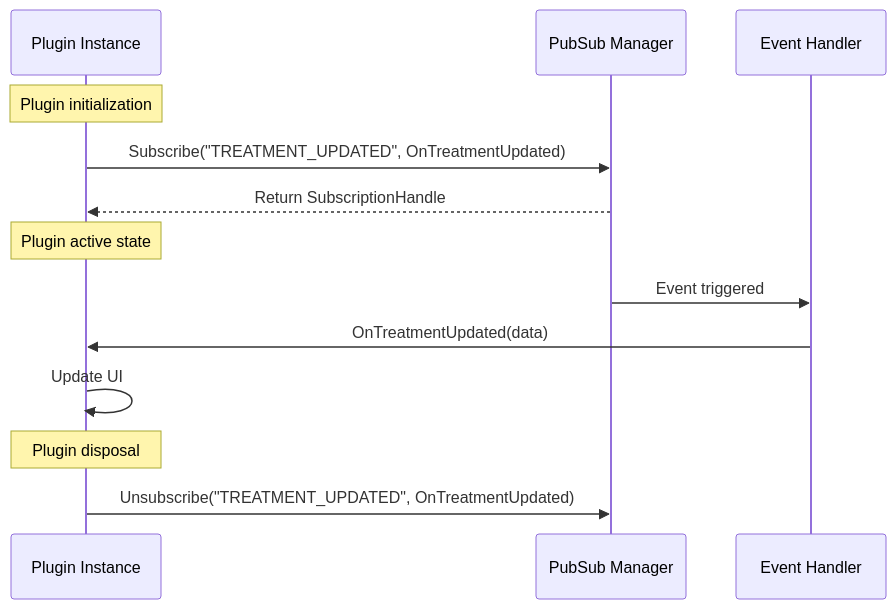
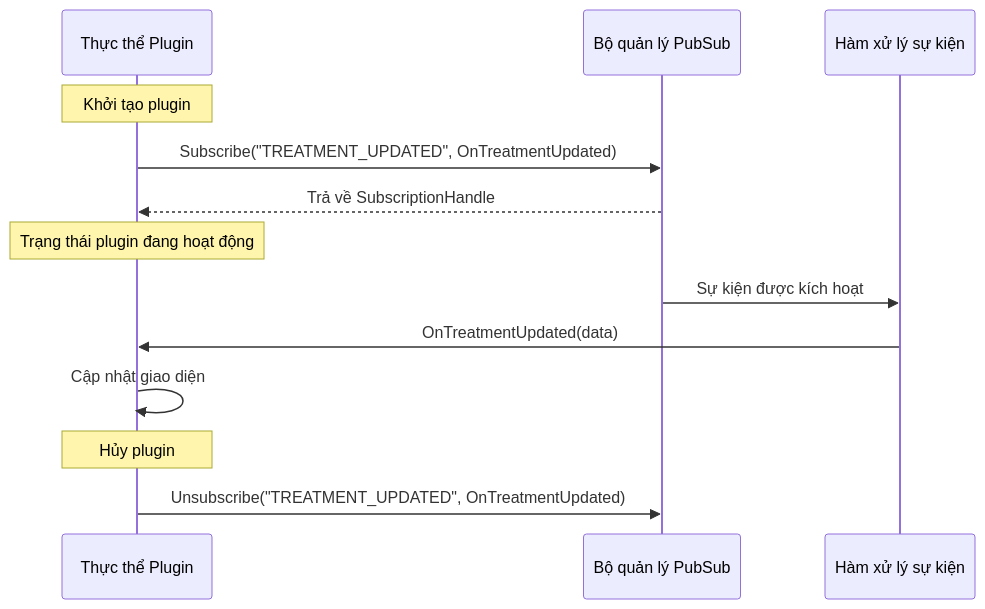
Before and after one commit to thangpnb/HIS: the fourth of 32 diagrams in docs/his-ba-documentation/04-integrations/notifications-events.md, drawn with Mermaid. The commit also changed other lines of this file and 30 other files, not shown here.

Commit message:
Refactor architecture docs and update translations

````diff
--- a/docs/his-ba-documentation/04-integrations/notifications-events.md
+++ b/docs/his-ba-documentation/04-integrations/notifications-events.md
@@ -211,19 +211,19 @@
 ```mermaid
 sequenceDiagram
-    participant Plugin as Plugin Instance
-    participant PubSub as PubSub Manager
-    participant Handler as Event Handler
+    participant Plugin as Thực thể Plugin
+    participant PubSub as Bộ quản lý PubSub
+    participant Handler as Hàm xử lý sự kiện
     
-    Note over Plugin: Plugin initialization
+    Note over Plugin: Khởi tạo plugin
     Plugin->>PubSub: Subscribe("TREATMENT_UPDATED", OnTreatmentUpdated)
-    PubSub-->>Plugin: Return SubscriptionHandle
+    PubSub-->>Plugin: Trả về SubscriptionHandle
     
-    Note over Plugin: Plugin active state
+    Note over Plugin: Trạng thái plugin đang hoạt động
     
-    PubSub->>Handler: Event triggered
+    PubSub->>Handler: Sự kiện được kích hoạt
     Handler->>Plugin: OnTreatmentUpdated(data)
-    Plugin->>Plugin: Update UI
+    Plugin->>Plugin: Cập nhật giao diện
     
-    Note over Plugin: Plugin disposal
+    Note over Plugin: Hủy plugin
     Plugin->>PubSub: Unsubscribe("TREATMENT_UPDATED", OnTreatmentUpdated)
 ```
````
